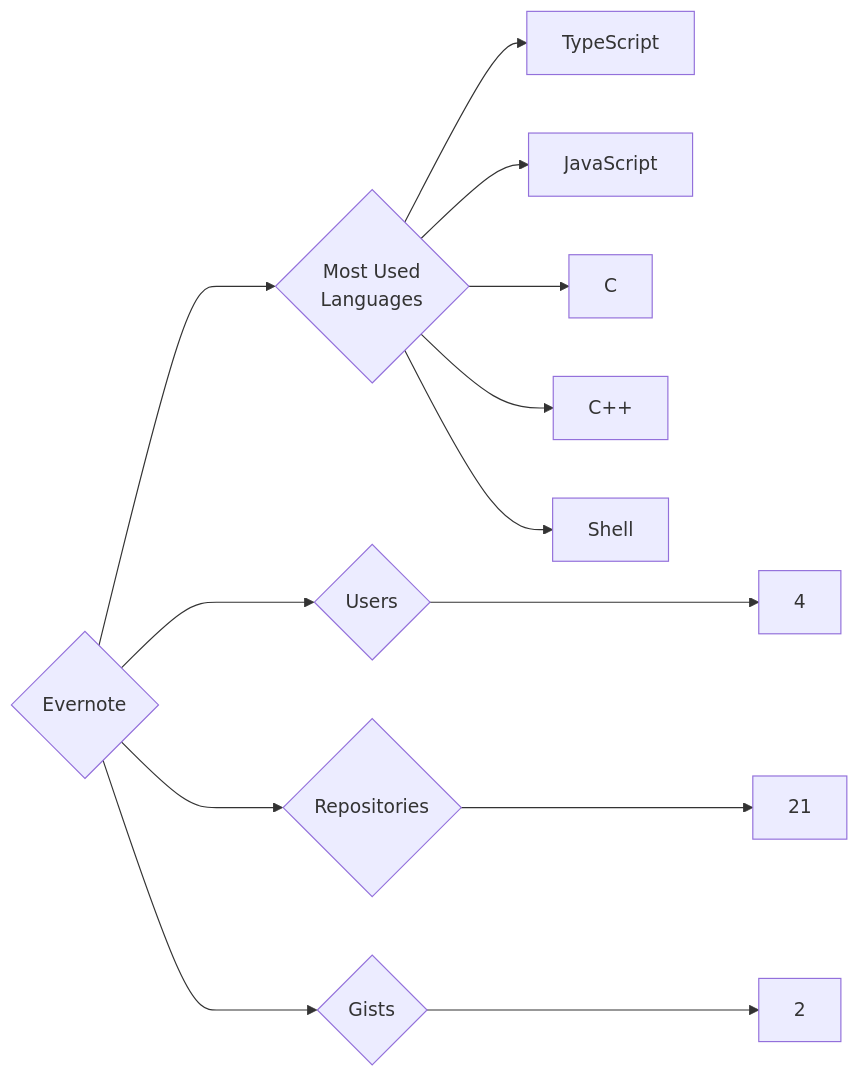
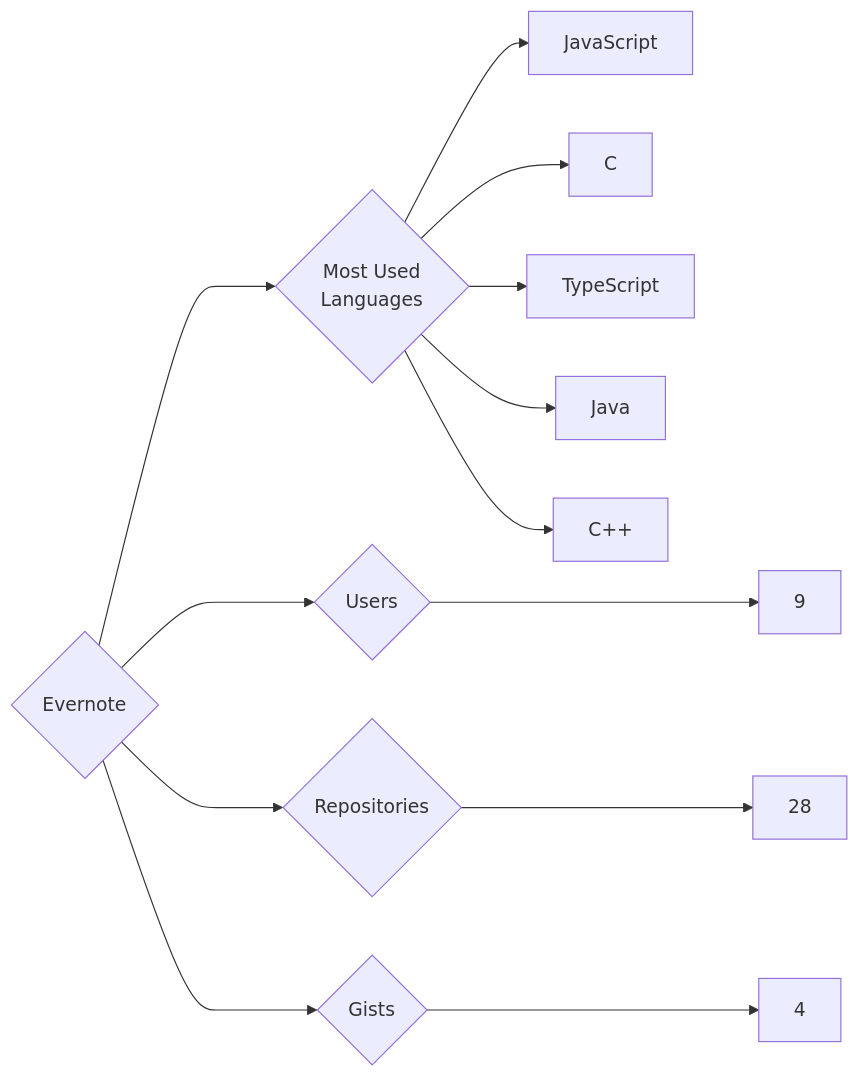
The diagram in targets/Evernote/README.md (trickest/insiders), drawn with Mermaid before and after one commit. The commit also changed 618 other files, not shown here.

````diff
--- a/targets/Evernote/README.md
+++ b/targets/Evernote/README.md
@@ -3,13 +3,13 @@
 ```mermaid
 graph LR
 COMPANY_NAME{Evernote}
-COMPANY_NAME ---> U{Users} ---> UN[4]
-COMPANY_NAME ---> R{Repositories} ---> RN[21]
-COMPANY_NAME ---> G{Gists} ---> GN[2]
+COMPANY_NAME ---> U{Users} ---> UN[9]
+COMPANY_NAME ---> R{Repositories} ---> RN[28]
+COMPANY_NAME ---> G{Gists} ---> GN[4]
 COMPANY_NAME ---> ML{Most Used<br>Languages}
-ML --> TypeScript[TypeScript]
 ML --> JavaScript[JavaScript]
 ML --> C[C]
+ML --> TypeScript[TypeScript]
+ML --> Java[Java]
 ML --> C++[C++]
-ML --> Shell[Shell]
 ```
````
